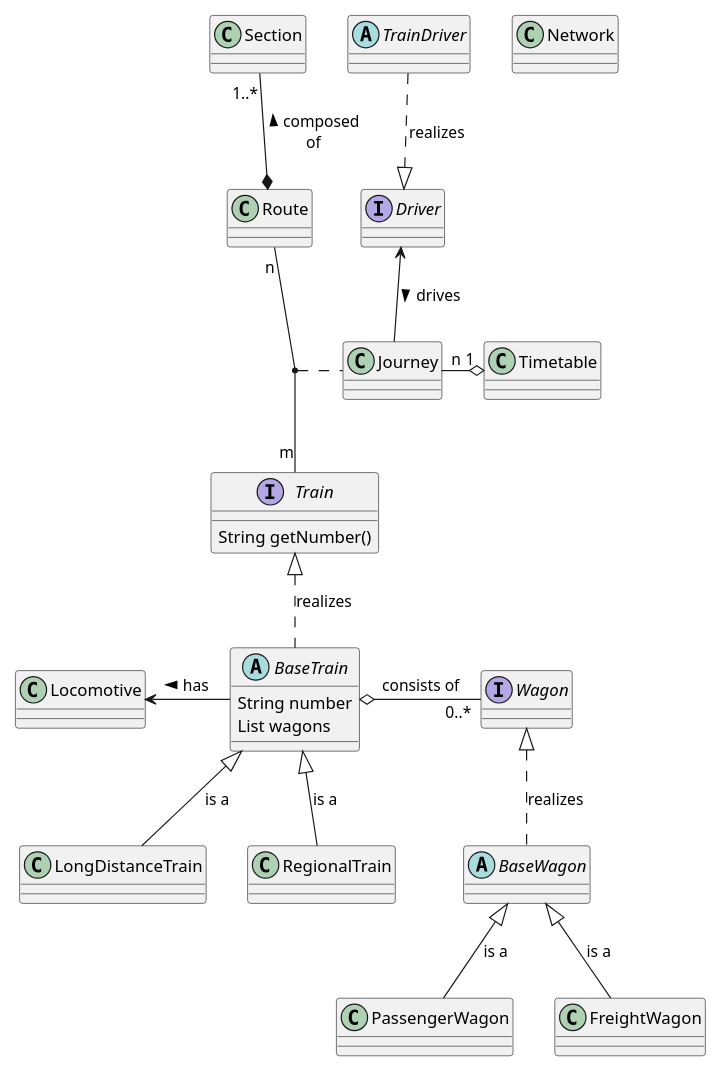
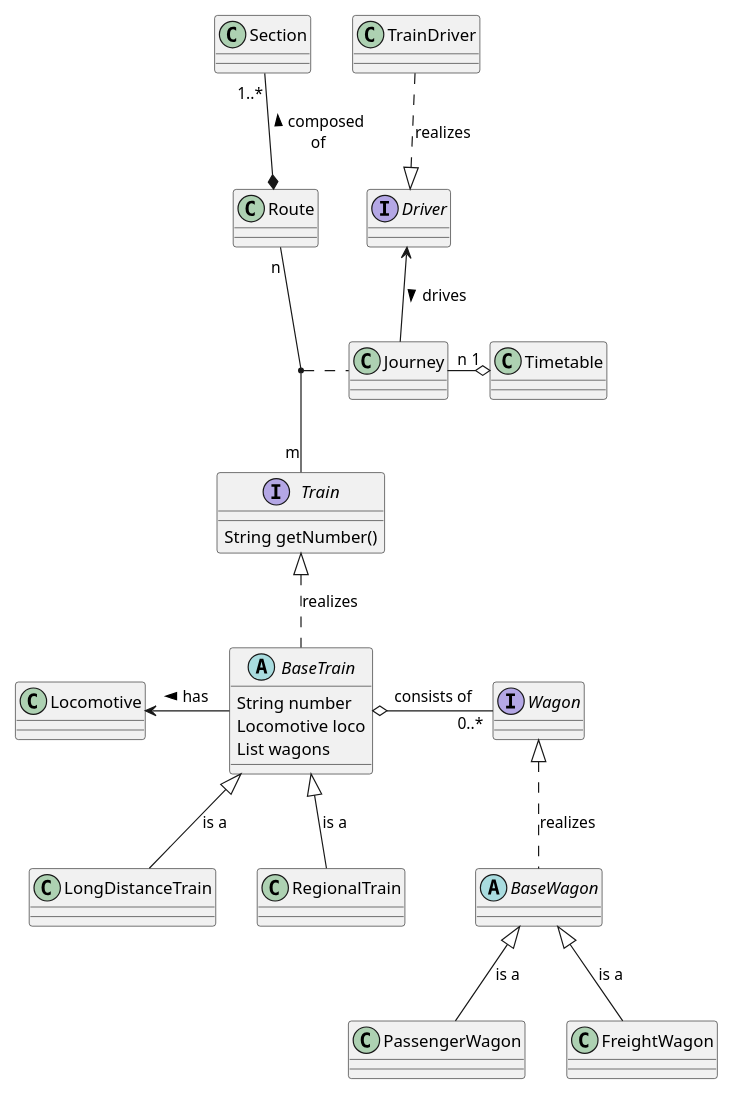
The diagram in course-1/docs/diagrams/business-model.puml (ThorstenEckstein/dhbw-advanced-programming), drawn with PlantUML before and after one commit. The commit also changed 2 other files, not shown here.

```diff
--- a/course-1/docs/diagrams/business-model.puml
+++ b/course-1/docs/diagrams/business-model.puml
@@ -1,54 +1,55 @@
 @startuml
 'https://plantuml.com/class-diagram
 
 'skinparam groupInheritance 2
 
 scale 0.8
 
 interface Train {
   String getNumber()
 }
 abstract class BaseTrain {
   String number
+  Locomotive loco
   List wagons
 }
 class LongDistanceTrain
 class RegionalTrain
 class Locomotive
 
 class Journey
 interface Driver
-abstract class TrainDriver
+class TrainDriver
 
 interface Wagon
 abstract class BaseWagon
 class PassengerWagon
 class FreightWagon
 
-class Network
+'class Network
 class Route
 class Section
 class Timetable
 
 ' Train model
 Train             <|..          BaseTrain         : realizes
 BaseTrain         <|--          LongDistanceTrain : is a
 BaseTrain         <|--          RegionalTrain     : is a
 BaseTrain         -l->          Locomotive        : > has
 BaseTrain         o-r-  "0..*"  Wagon             : consists of
 Wagon             <|..          BaseWagon         : realizes
 BaseWagon         <|--          PassengerWagon    : is a
 BaseWagon         <|--          FreightWagon      : is a
 
 ' Route model
 'Network      "1"  -l-   "n"    Route
 Route             *-u-  "1..*" Section            : < composed\nof
 
 ' Journey model
 Route        "n"  --    "m"    Train
 (Route,Train)     ..           Journey
 Journey      "n"  -r-o  "1"    Timetable
 Journey           -u->         Driver             : < drives
 Driver            <|.u.        TrainDriver        : realizes
 
 @enduml
```
